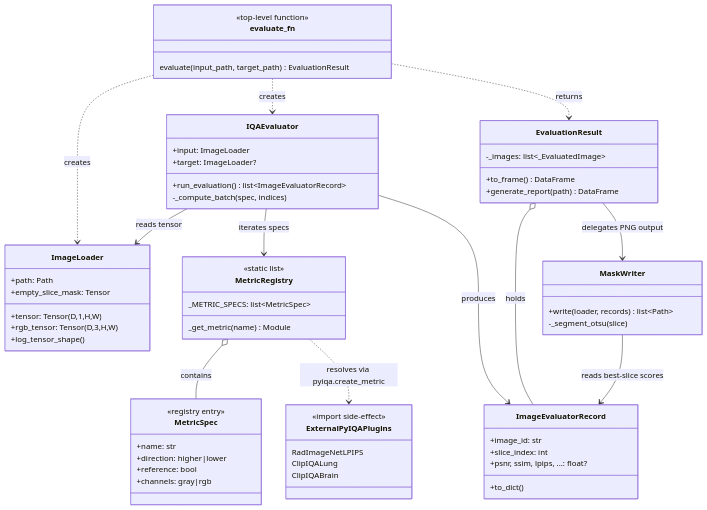
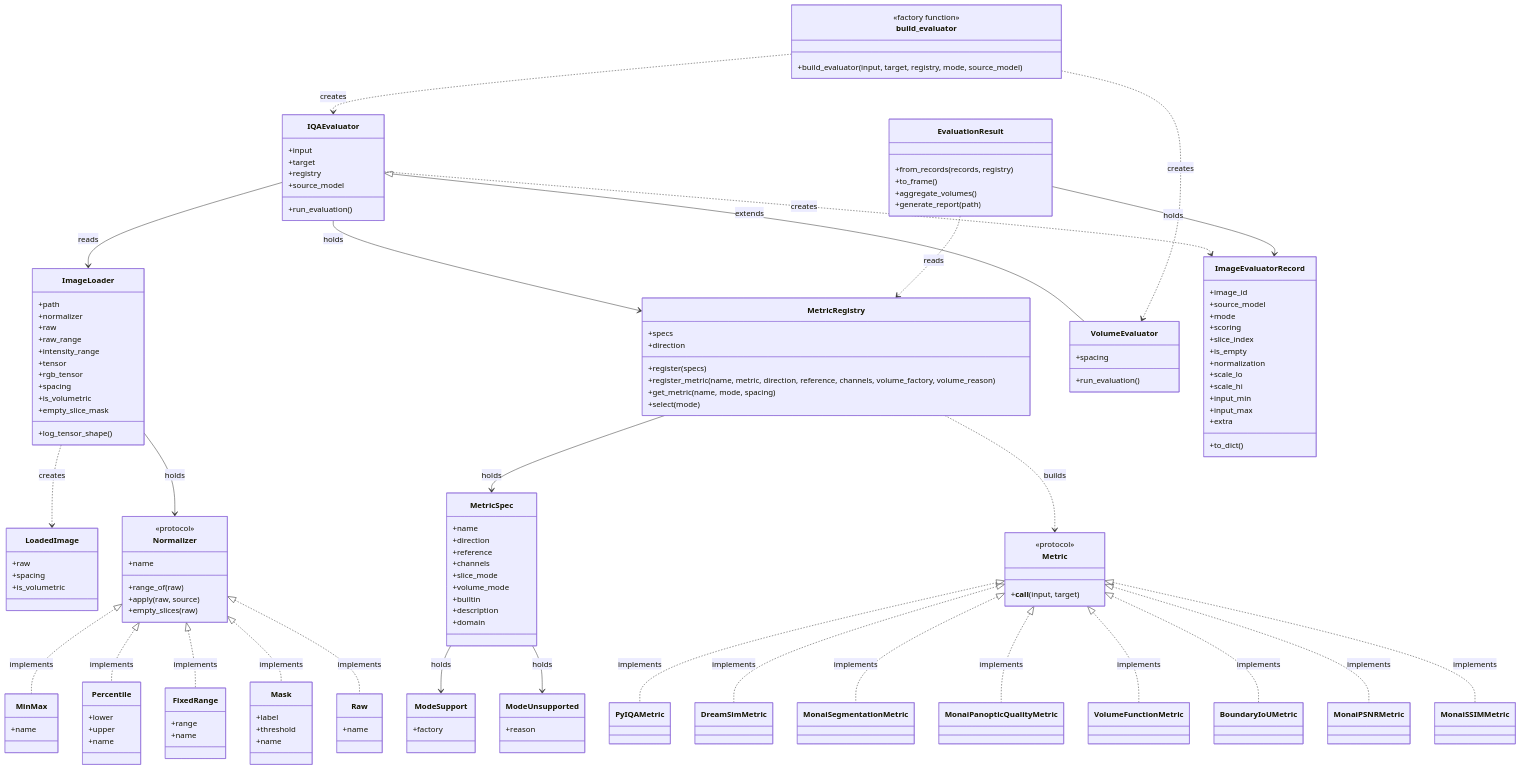
The diagram in docs/architecture/views/logical/logical-view.mmd (glebjan/hka.projektarbeit1.IQA_MRI), drawn with Mermaid before and after one commit. The commit also changed 5 other files, not shown here.

First line of the commit message:
docs(architecture): redraw logical view, add dataflow

```diff
--- a/docs/architecture/views/logical/logical-view.mmd
+++ b/docs/architecture/views/logical/logical-view.mmd
@@ -1,75 +1,169 @@
 classDiagram
     direction TB
 
+    class LoadedImage {
+        +raw
+        +spacing
+        +is_volumetric
+    }
+
     class ImageLoader {
-        +path: Path
-        +tensor: Tensor (D,1,H,W)
-        +rgb_tensor: Tensor (D,3,H,W)
-        +empty_slice_mask: Tensor
+        +path
+        +normalizer
+        +raw
+        +raw_range
+        +intensity_range
+        +tensor
+        +rgb_tensor
+        +spacing
+        +is_volumetric
+        +empty_slice_mask
         +log_tensor_shape()
     }
 
-    class MetricSpec {
-        <<registry entry>>
-        +name: str
-        +direction: higher|lower
-        +reference: bool
-        +channels: gray|rgb
+    class Normalizer {
+        <<protocol>>
+        +name
+        +range_of(raw)
+        +apply(raw, source)
+        +empty_slices(raw)
     }
 
+    class MinMax {
+        +name
+    }
+    class Percentile {
+        +lower
+        +upper
+        +name
+    }
+    class FixedRange {
+        +range
+        +name
+    }
+    class Mask {
+        +label
+        +threshold
+        +name
+    }
+    class Raw {
+        +name
+    }
+
+    Normalizer <|.. MinMax : implements
+    Normalizer <|.. Percentile : implements
+    Normalizer <|.. FixedRange : implements
+    Normalizer <|.. Mask : implements
+    Normalizer <|.. Raw : implements
+
+    class MetricSpec {
+        +name
+        +direction
+        +reference
+        +channels
+        +slice_mode
+        +volume_mode
+        +builtin
+        +description
+        +domain
+    }
+
+    class ModeSupport {
+        +factory
+    }
+    class ModeUnsupported {
+        +reason
+    }
+
+    class Metric {
+        <<protocol>>
+        +__call__(input, target)
+    }
+
+    class PyIQAMetric
+    class DreamSimMetric
+    class MonaiSegmentationMetric
+    class MonaiPanopticQualityMetric
+    class VolumeFunctionMetric
+    class BoundaryIoUMetric
+    class MonaiPSNRMetric
+    class MonaiSSIMMetric
+
+    Metric <|.. PyIQAMetric : implements
+    Metric <|.. DreamSimMetric : implements
+    Metric <|.. MonaiSegmentationMetric : implements
+    Metric <|.. MonaiPanopticQualityMetric : implements
+    Metric <|.. VolumeFunctionMetric : implements
+    Metric <|.. BoundaryIoUMetric : implements
+    Metric <|.. MonaiPSNRMetric : implements
+    Metric <|.. MonaiSSIMMetric : implements
+
     class MetricRegistry {
-        <<static list>>
-        _METRIC_SPECS: list~MetricSpec~
-        _get_metric(name) Module
+        +register(specs)
+        +register_metric(name, metric, direction, reference, channels, volume_factory, volume_reason)
+        +get_metric(name, mode, spacing)
+        +select(mode)
+        +specs
+        +direction
     }
 
     class IQAEvaluator {
-        +input: ImageLoader
-        +target: ImageLoader?
-        +run_evaluation() list~ImageEvaluatorRecord~
-        -_compute_batch(spec, indices)
+        +input
+        +target
+        +registry
+        +source_model
+        +run_evaluation()
+    }
+
+    class VolumeEvaluator {
+        +spacing
+        +run_evaluation()
+    }
+
+    class build_evaluator {
+        <<factory function>>
+        +build_evaluator(input, target, registry, mode, source_model)
     }
 
     class ImageEvaluatorRecord {
-        +image_id: str
-        +slice_index: int
-        +psnr, ssim, lpips, ...: float?
+        +image_id
+        +source_model
+        +mode
+        +scoring
+        +slice_index
+        +is_empty
+        +normalization
+        +scale_lo
+        +scale_hi
+        +input_min
+        +input_max
+        +extra
         +to_dict()
     }
 
     class EvaluationResult {
-        -_images: list~_EvaluatedImage~
-        +to_frame() DataFrame
-        +generate_report(path) DataFrame
+        +from_records(records, registry)
+        +to_frame()
+        +aggregate_volumes()
+        +generate_report(path)
     }
 
-    class MaskWriter {
-        +write(loader, records) list~Path~
-        -_segment_otsu(slice)
-    }
+    IQAEvaluator <|-- VolumeEvaluator : extends
 
-    class evaluate_fn {
-        <<top-level function>>
-        evaluate(input_path, target_path) EvaluationResult
-    }
+    ImageLoader ..> LoadedImage : creates
+    ImageLoader --> Normalizer : holds
 
-    class ExternalPyIQAPlugins {
-        <<import side-effect>>
-        RadImageNetLPIPS
-        ClipIQALung
-        ClipIQABrain
-    }
+    IQAEvaluator --> ImageLoader : reads
+    IQAEvaluator --> MetricRegistry : holds
+    IQAEvaluator ..> ImageEvaluatorRecord : creates
 
-    evaluate_fn ..> ImageLoader : creates
-    evaluate_fn ..> IQAEvaluator : creates
-    evaluate_fn ..> EvaluationResult : returns
+    MetricRegistry --> MetricSpec : holds
+    MetricRegistry ..> Metric : builds
+    MetricSpec --> ModeSupport : holds
+    MetricSpec --> ModeUnsupported : holds
 
-    IQAEvaluator --> ImageLoader : reads tensor
-    IQAEvaluator --> MetricRegistry : iterates specs
-    IQAEvaluator --> ImageEvaluatorRecord : produces
-    MetricRegistry o-- MetricSpec : contains
-    MetricRegistry ..> ExternalPyIQAPlugins : resolves via pyiqa.create_metric
+    build_evaluator ..> IQAEvaluator : creates
+    build_evaluator ..> VolumeEvaluator : creates
 
-    EvaluationResult o-- ImageEvaluatorRecord : holds
-    EvaluationResult --> MaskWriter : delegates PNG output
-    MaskWriter --> ImageEvaluatorRecord : reads best-slice scores
+    EvaluationResult --> ImageEvaluatorRecord : holds
+    EvaluationResult ..> MetricRegistry : reads
```
